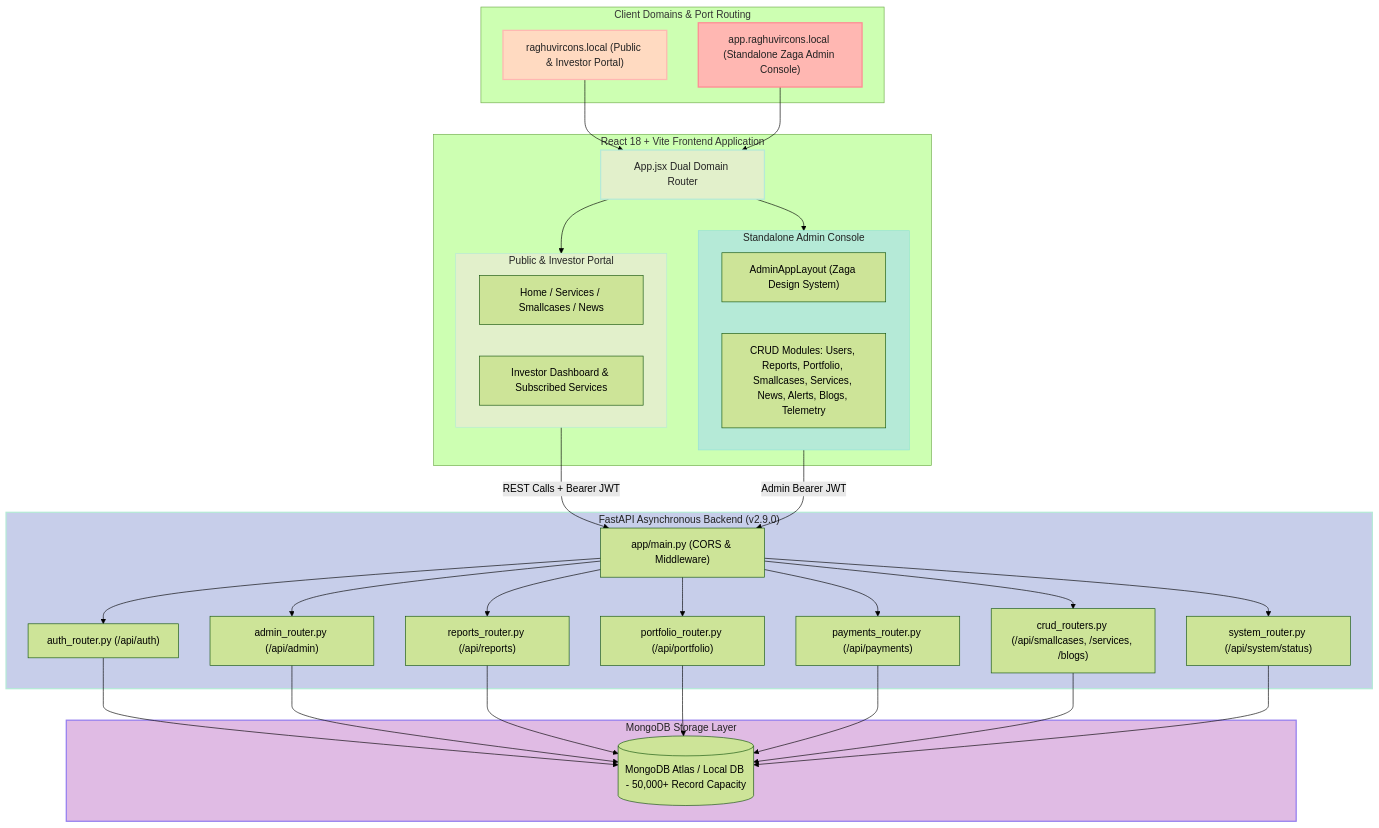
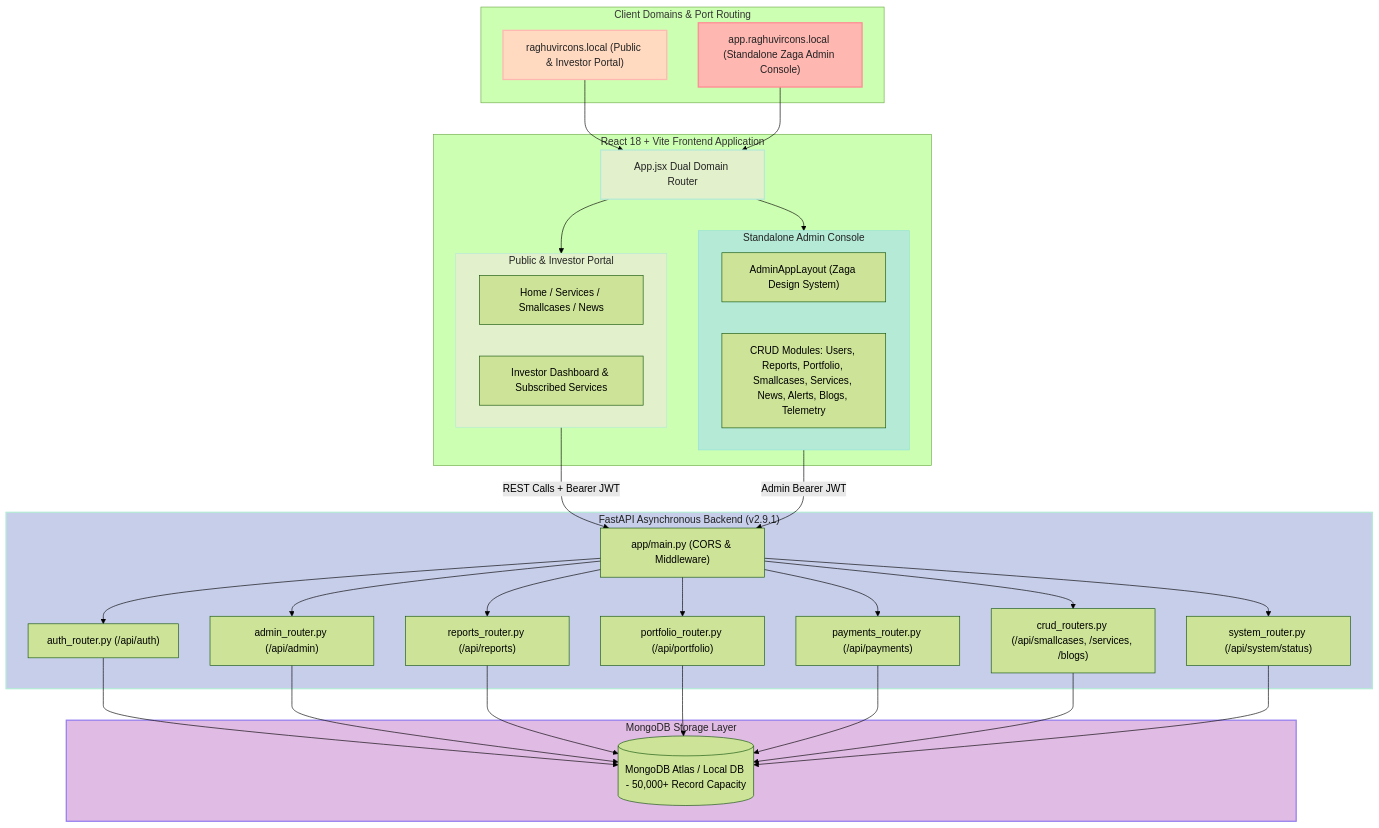
Before and after one commit to tejasrsuthar/raghuvirconsultants-site: the first of 2 diagrams in backend/docs/ARCHITECTURE.md, drawn with Mermaid (forest theme). The commit also changed other lines of this file and 16 other files, not shown here.

````diff
--- a/backend/docs/ARCHITECTURE.md
+++ b/backend/docs/ARCHITECTURE.md
@@ -14,70 +14,70 @@
 ```mermaid
 graph TD
     subgraph ClientDomains["Client Domains & Port Routing"]
         PublicDomain["raghuvircons.local (Public & Investor Portal)"]
         AdminDomain["app.raghuvircons.local (Standalone Zaga Admin Console)"]
     end
 
     subgraph ReactFrontend["React 18 + Vite Frontend Application"]
         AppRouter["App.jsx Dual Domain Router"]
         
         subgraph PublicPortal["Public & Investor Portal"]
           PublicViews["Home / Services / Smallcases / News"]
           InvestorPortal["Investor Dashboard & Subscribed Services"]
         end
 
         subgraph ZagaAdmin["Standalone Admin Console"]
           AdminLayout["AdminAppLayout (Zaga Design System)"]
           AdminModules["CRUD Modules: Users, Reports, Portfolio, Smallcases, Services, News, Alerts, Blogs, Telemetry"]
         end
       end
 
-    subgraph FastAPIServer["FastAPI Asynchronous Backend (v2.9.0)"]
+    subgraph FastAPIServer["FastAPI Asynchronous Backend (v2.9.1)"]
         API["app/main.py (CORS & Middleware)"]
         AuthRouter["auth_router.py (/api/auth)"]
         AdminRouter["admin_router.py (/api/admin)"]
         ReportsRouter["reports_router.py (/api/reports)"]
         PortfolioRouter["portfolio_router.py (/api/portfolio)"]
         PaymentsRouter["payments_router.py (/api/payments)"]
         CRUDRouters["crud_routers.py (/api/smallcases, /services, /blogs)"]
         SystemRouter["system_router.py (/api/system/status)"]
     end
 
     subgraph DataStore["MongoDB Storage Layer"]
         MongoDB[(MongoDB Atlas / Local DB - 50,000+ Record Capacity)]
     end
 
     PublicDomain --> AppRouter
     AdminDomain --> AppRouter
 
     AppRouter --> PublicPortal
     AppRouter --> ZagaAdmin
 
     PublicPortal -->|REST Calls + Bearer JWT| API
     ZagaAdmin -->|Admin Bearer JWT| API
 
     API --> AuthRouter
     API --> AdminRouter
     API --> ReportsRouter
     API --> PortfolioRouter
     API --> PaymentsRouter
     API --> CRUDRouters
     API --> SystemRouter
 
     AuthRouter --> MongoDB
     AdminRouter --> MongoDB
     ReportsRouter --> MongoDB
     PortfolioRouter --> MongoDB
     PaymentsRouter --> MongoDB
     CRUDRouters --> MongoDB
     SystemRouter --> MongoDB
 
     %% Pastel Color Palette Styling
     style PublicDomain fill:#FFDAC1,stroke:#FFB7B2,stroke-width:2px,color:#222;
     style AdminDomain fill:#FFB7B2,stroke:#FF8B94,stroke-width:2px,color:#222;
     style AppRouter fill:#E2F0CB,stroke:#B5EAD7,stroke-width:2px,color:#222;
     style PublicPortal fill:#E2F0CB,stroke:#B5EAD7,stroke-width:1px,color:#222;
     style ZagaAdmin fill:#B5EAD7,stroke:#93E1D8,stroke-width:1px,color:#222;
     style FastAPIServer fill:#C7CEEA,stroke:#B5EAD7,stroke-width:2px,color:#222;
     style DataStore fill:#E0BBE4,stroke:#957FEF,stroke-width:2px,color:#222;
 ```
````
